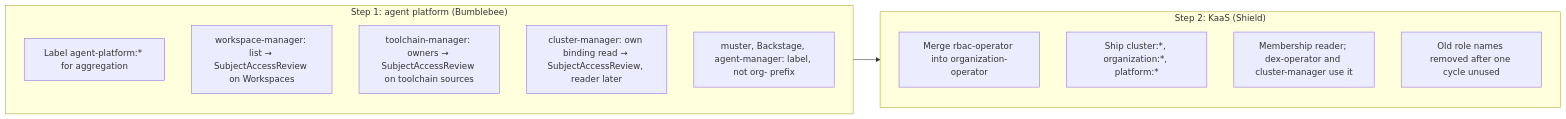
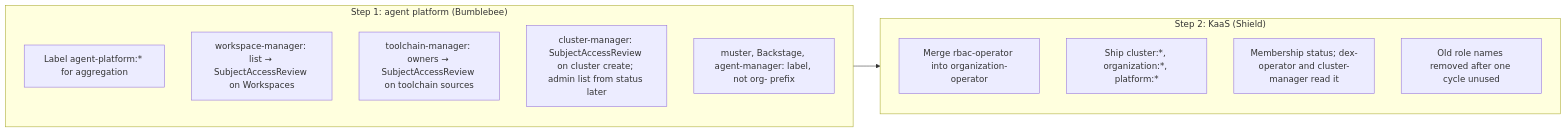
One commit to giantswarm/rfc changed the fifth of 5 diagrams in organization-roles/README.md. Above: the diagram before and after it, drawn with Mermaid. The commit also changed other lines of this file, not shown here.

First line of the commit message:
Rework organization-roles RFC after security and architecture review

````diff
--- a/organization-roles/README.md
+++ b/organization-roles/README.md
@@ -170,17 +190,17 @@
 ```mermaid
 flowchart LR
   subgraph step1["Step 1: agent platform (Bumblebee)"]
     A1[Label agent-platform:* for aggregation]
     A2[workspace-manager: list → SubjectAccessReview on Workspaces]
     A3[toolchain-manager: owners → SubjectAccessReview on toolchain sources]
-    A4[cluster-manager: own binding read → SubjectAccessReview, reader later]
+    A4[cluster-manager: SubjectAccessReview on cluster create; admin list from status later]
     A5[muster, Backstage, agent-manager: label, not org- prefix]
   end
   subgraph step2["Step 2: KaaS (Shield)"]
     B1[Merge rbac-operator into organization-operator]
     B2[Ship cluster:*, organization:*, platform:*]
-    B3[Membership reader; dex-operator and cluster-manager use it]
+    B3[Membership status; dex-operator and cluster-manager read it]
     B4[Old role names removed after one cycle unused]
   end
   step1 --> step2
 ```
````
